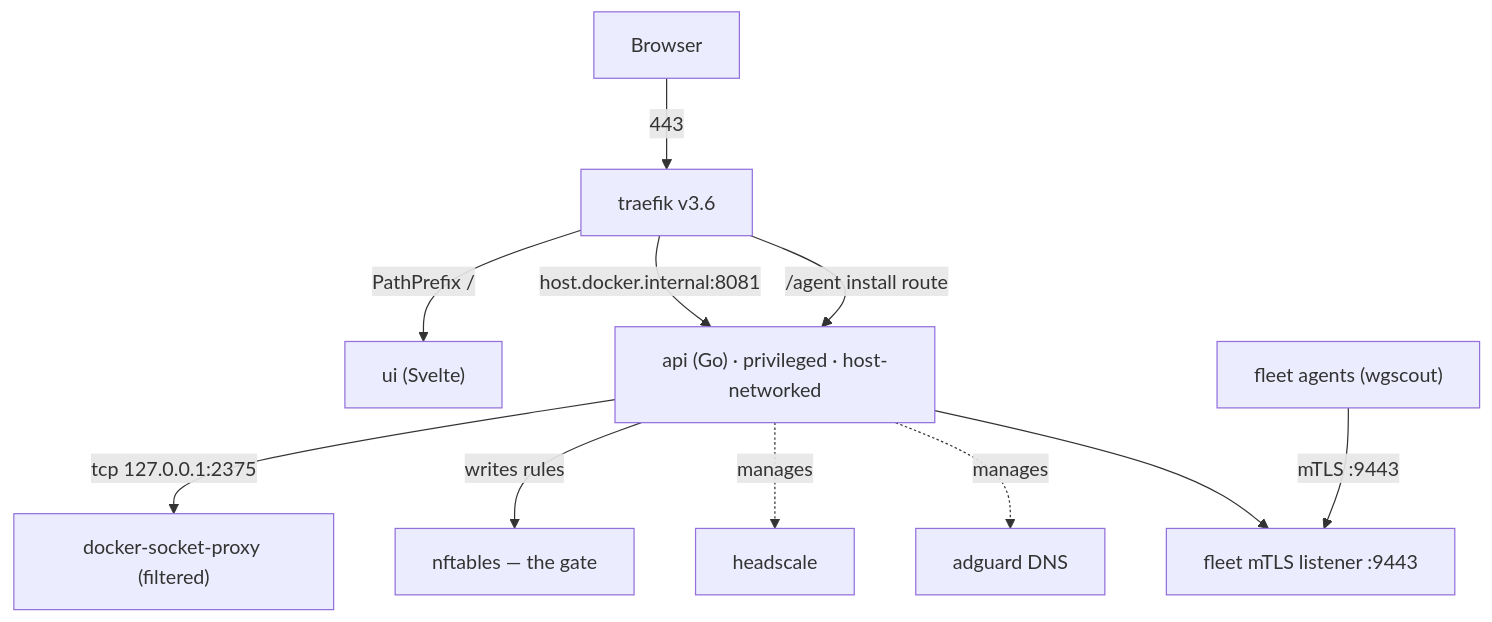
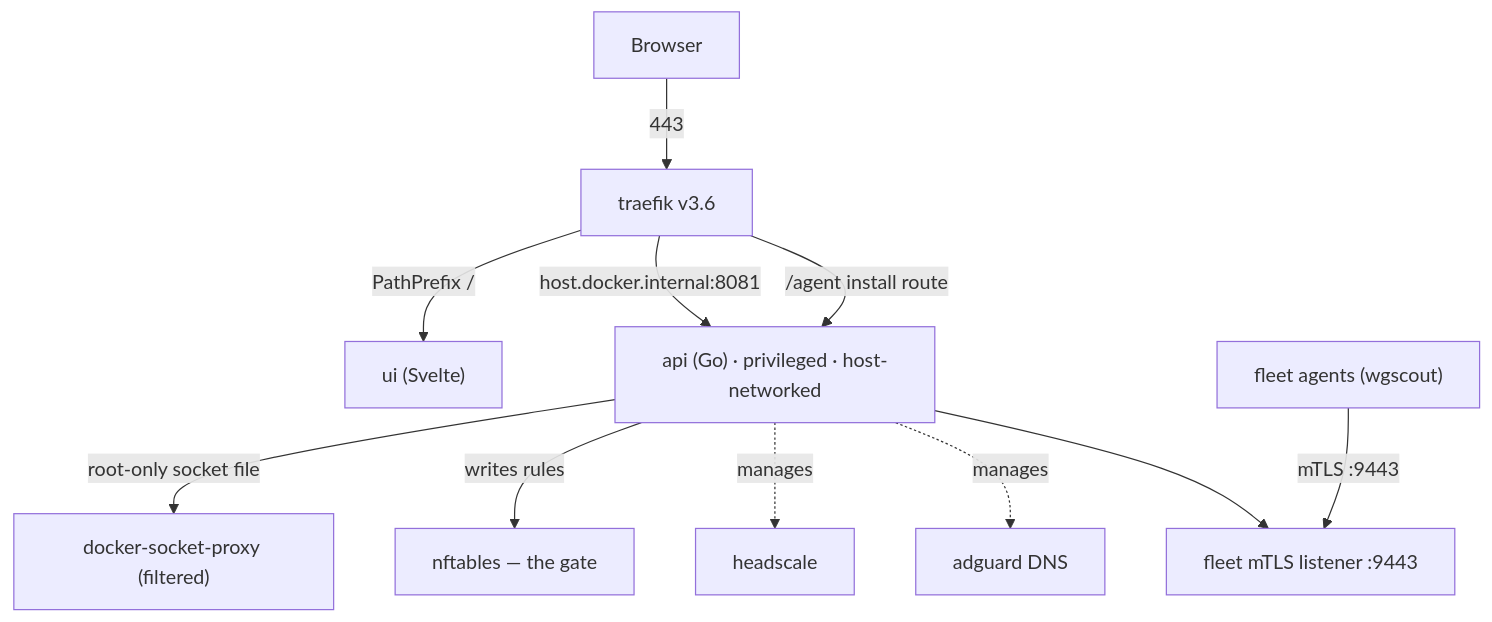
One commit to packalyst/motte changed the first of 6 diagrams in README.md. Above: the diagram before and after it, drawn with Mermaid. The commit also changed 6 other files, not shown here.

First line of the commit message:
fix(security): docker proxy listens on a root-only socket instead of a loopback port

````diff
--- a/README.md
+++ b/README.md
@@ -119,13 +119,13 @@
 ```mermaid
 flowchart TB
     browser["Browser"] -->|443| traefik["traefik v3.6"]
     traefik -->|"PathPrefix /"| ui["ui (Svelte)"]
     traefik -->|"host.docker.internal:8081"| api["api (Go) · privileged · host-networked"]
     traefik -->|"/agent install route"| api
-    api -->|"tcp 127.0.0.1:2375"| proxy["docker-socket-proxy (filtered)"]
+    api -->|"root-only socket file"| proxy["docker-socket-proxy (filtered)"]
     api -->|"writes rules"| nft["nftables — the gate"]
     api -.->|manages| headscale["headscale"]
     api -.->|manages| adguard["adguard DNS"]
     api --> fleetl["fleet mTLS listener :9443"]
     agents["fleet agents (wgscout)"] -->|"mTLS :9443"| fleetl
 ```
````
